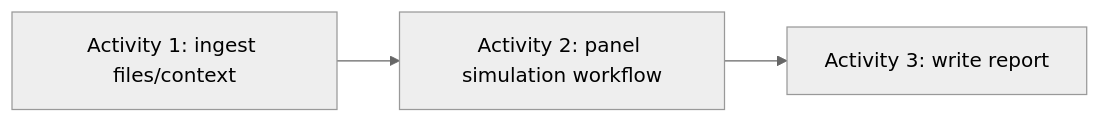
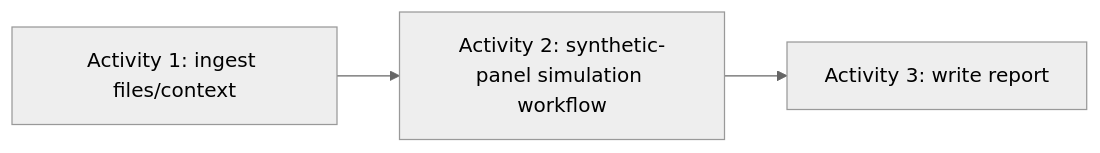
Before and after one commit to thaithienvanid/agentic-reference-architecture: the diagram in examples/synthetic-research.mdx, drawn with Mermaid (neutral theme). The commit also changed other lines of this file, not shown here.

Commit message:
align synthetic research example with experiment and runtime ontology

````diff
--- a/examples/synthetic-research.mdx
+++ b/examples/synthetic-research.mdx
@@ -21,7 +23,7 @@
 ```mermaid
 flowchart LR
     Ingest["Activity 1: ingest files/context"]
-    Simulate["Activity 2: panel simulation workflow"]
+    Simulate["Activity 2: synthetic-panel simulation workflow"]
     Report["Activity 3: write report"]
     Ingest --> Simulate --> Report
 ```
````
